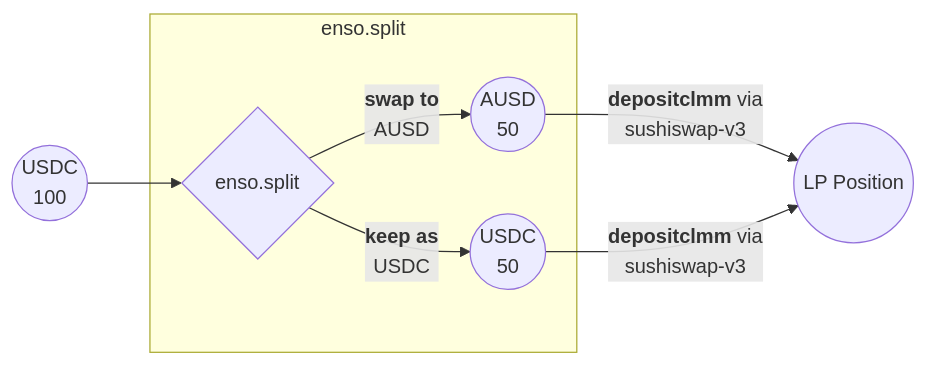
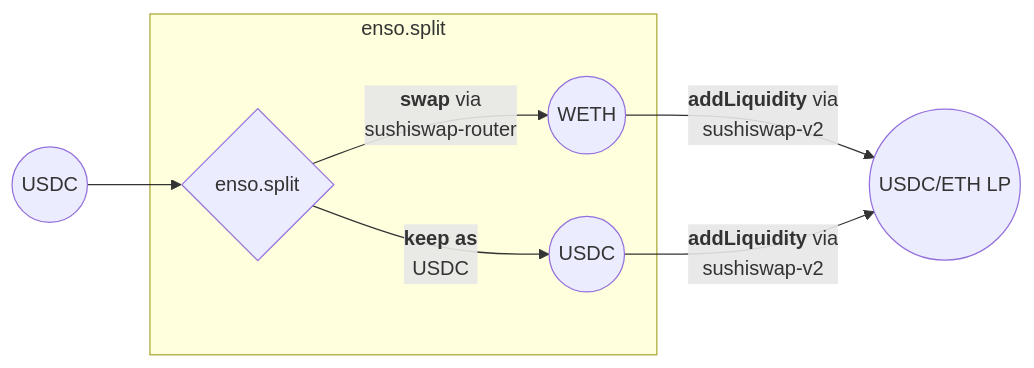
One commit to katana-network/katana-docs changed the second of 13 diagrams in docs/katana/how-to/use-enso-shortcuts.md. Above: the diagram before and after it, drawn with Mermaid. The commit also changed other lines of this file, not shown here.

````diff
--- a/docs/katana/how-to/use-enso-shortcuts.md
+++ b/docs/katana/how-to/use-enso-shortcuts.md
@@ -49,12 +49,12 @@
 ```mermaid
 flowchart LR
-   A((USDC<br/>100)) --> B{enso.split}
-   
-   subgraph split ["enso.split"]
-       B -->|<b>swap to</b><br/>AUSD| E((AUSD<br/>50))
-       B -->|<b>keep as</b><br/>USDC| F((USDC<br/>50))
-   end
-   
-   E -->|<b>depositclmm</b> via<br/>sushiswap-v3| G((LP Position))
-   F -->|<b>depositclmm</b> via<br/>sushiswap-v3| G
+    A((USDC)) --> B{enso.split}
+    
+    subgraph split ["enso.split"]
+        B -->|<b>swap</b> via<br/>sushiswap-router| E((WETH))
+        B -->|<b>keep as</b><br/>USDC| F((USDC))
+    end
+    
+    E -->|<b>addLiquidity</b> via<br/>sushiswap-v2| G((USDC/ETH LP))
+    F -->|<b>addLiquidity</b> via<br/>sushiswap-v2| G
 ```
````
